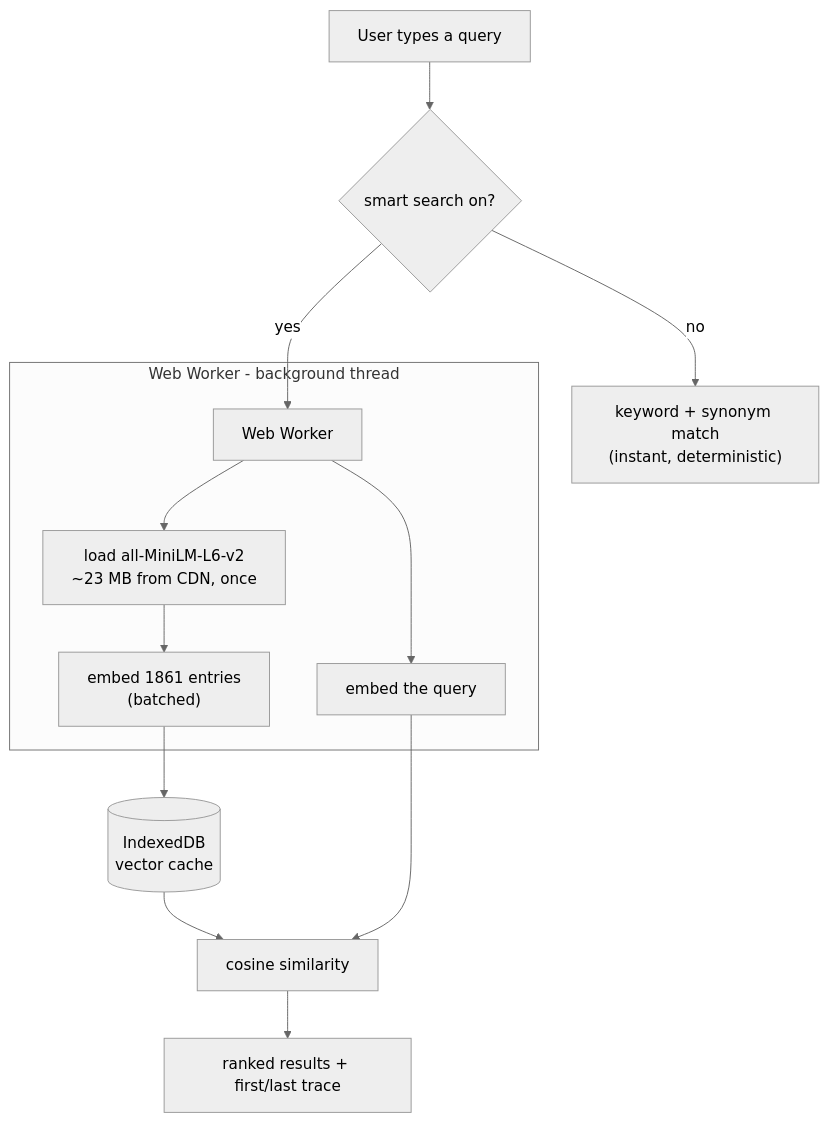
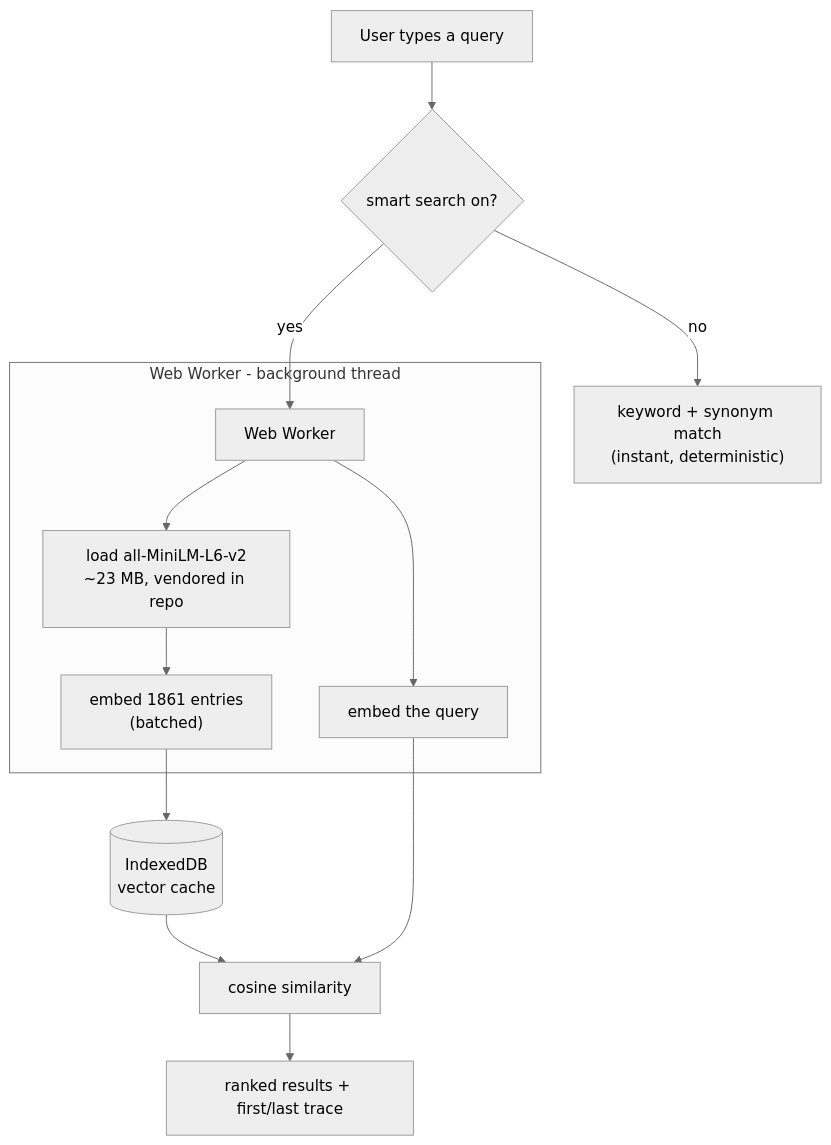
Before and after one commit to The-Nibble/dig: the diagram in README.md, drawn with Mermaid (neutral theme). The commit also changed other lines of this file and 9 other files, not shown here.

````diff
--- a/README.md
+++ b/README.md
@@ -87,15 +87,15 @@
 ```mermaid
 flowchart TD
   Q[User types a query] --> M{smart search on?}
   M -- no --> K["keyword + synonym match<br/>(instant, deterministic)"]
   M -- yes --> W[Web Worker]
   subgraph bg [Web Worker - background thread]
-    W --> L["load all-MiniLM-L6-v2<br/>~23 MB from CDN, once"]
+    W --> L["load all-MiniLM-L6-v2<br/>~23 MB, vendored in repo"]
     L --> E["embed 1861 entries<br/>(batched)"]
     W --> QE[embed the query]
   end
   E --> CACHE[(IndexedDB<br/>vector cache)]
   CACHE --> S[cosine similarity]
   QE --> S
   S --> R[ranked results + first/last trace]
 ```
````
